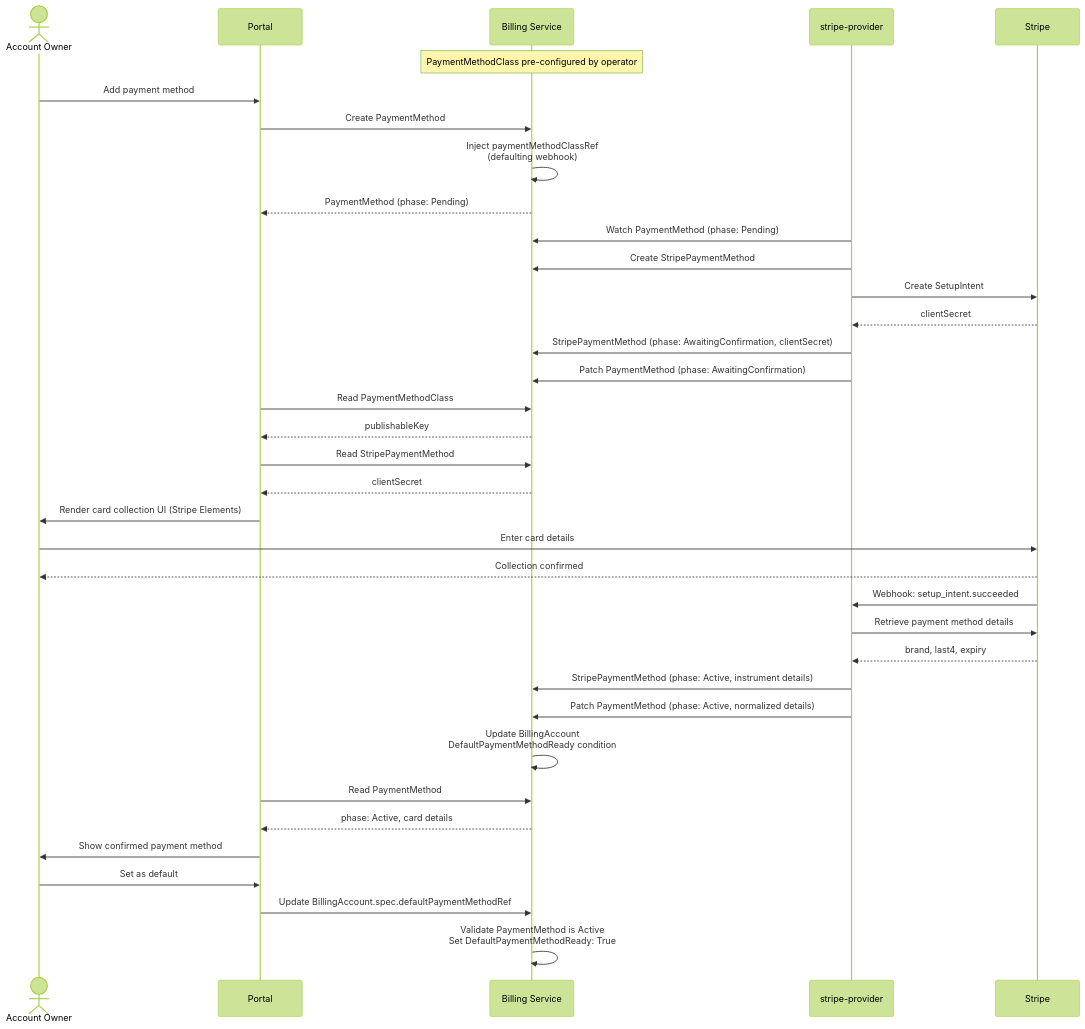
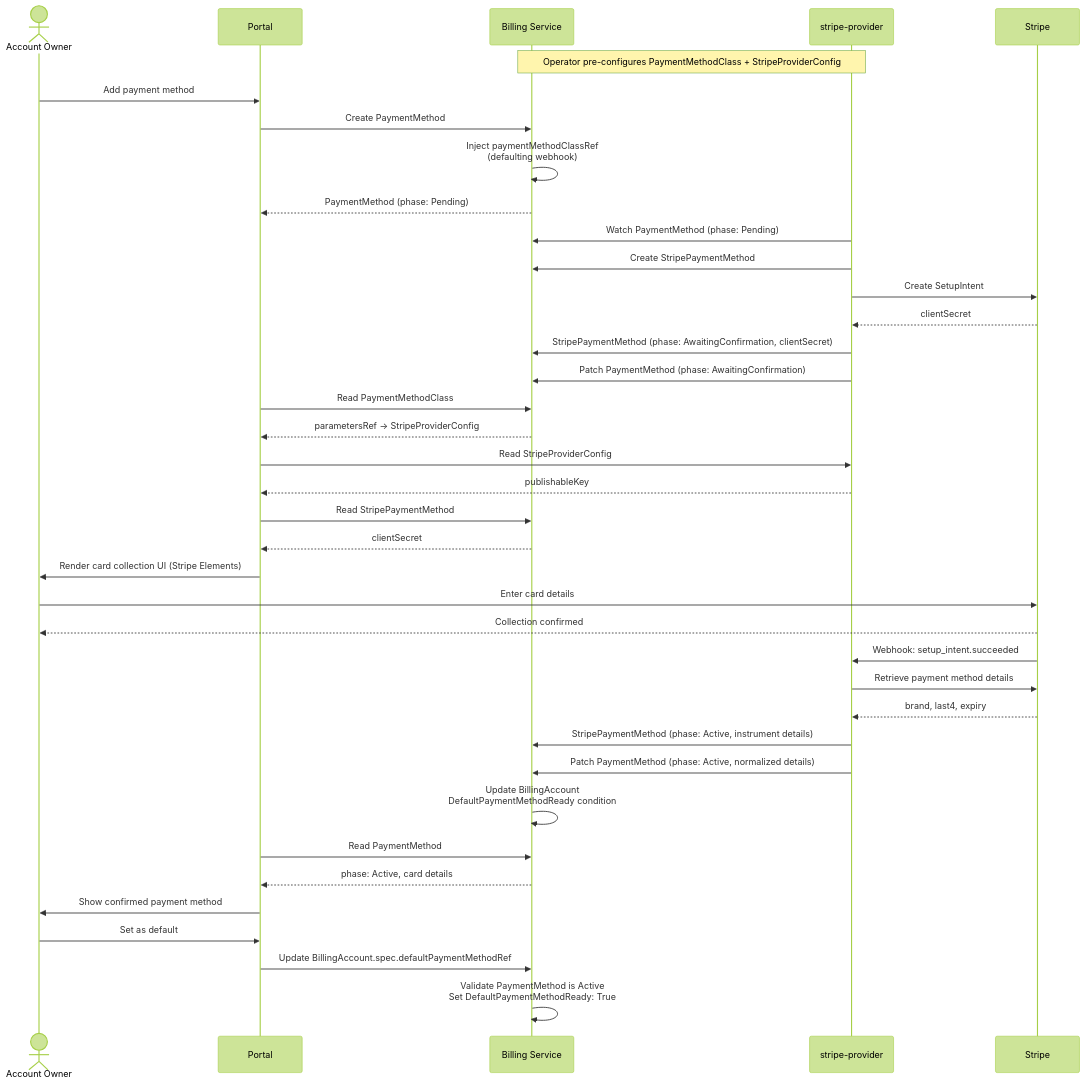
Before and after one commit to milo-os/billing: the diagram in docs/enhancements/payment-methods.md, drawn with Mermaid (forest theme). The commit also changed other lines of this file, not shown here.

First line of the commit message:
docs: adopt parametersRef pattern for PaymentMethodClass provider config

````diff
--- a/docs/enhancements/payment-methods.md
+++ b/docs/enhancements/payment-methods.md
@@ -127,44 +130,46 @@
 ```mermaid
 sequenceDiagram
     actor Owner as Account Owner
     participant Portal
     participant BillingSvc as Billing Service
     participant StripeProv as stripe-provider
     participant Stripe
 
-    Note over BillingSvc: PaymentMethodClass pre-configured by operator
+    Note over BillingSvc,StripeProv: Operator pre-configures PaymentMethodClass + StripeProviderConfig
 
     Owner->>Portal: Add payment method
     Portal->>BillingSvc: Create PaymentMethod
     BillingSvc->>BillingSvc: Inject paymentMethodClassRef<br/>(defaulting webhook)
     BillingSvc-->>Portal: PaymentMethod (phase: Pending)
 
     StripeProv->>BillingSvc: Watch PaymentMethod (phase: Pending)
     StripeProv->>BillingSvc: Create StripePaymentMethod
     StripeProv->>Stripe: Create SetupIntent
     Stripe-->>StripeProv: clientSecret
     StripeProv->>BillingSvc: StripePaymentMethod (phase: AwaitingConfirmation, clientSecret)
     StripeProv->>BillingSvc: Patch PaymentMethod (phase: AwaitingConfirmation)
 
     Portal->>BillingSvc: Read PaymentMethodClass
-    BillingSvc-->>Portal: publishableKey
+    BillingSvc-->>Portal: parametersRef → StripeProviderConfig
+    Portal->>StripeProv: Read StripeProviderConfig
+    StripeProv-->>Portal: publishableKey
     Portal->>BillingSvc: Read StripePaymentMethod
     BillingSvc-->>Portal: clientSecret
     Portal->>Owner: Render card collection UI (Stripe Elements)
     Owner->>Stripe: Enter card details
     Stripe-->>Owner: Collection confirmed
 
     Stripe->>StripeProv: Webhook: setup_intent.succeeded
     StripeProv->>Stripe: Retrieve payment method details
     Stripe-->>StripeProv: brand, last4, expiry
     StripeProv->>BillingSvc: StripePaymentMethod (phase: Active, instrument details)
     StripeProv->>BillingSvc: Patch PaymentMethod (phase: Active, normalized details)
     BillingSvc->>BillingSvc: Update BillingAccount<br/>DefaultPaymentMethodReady condition
 
     Portal->>BillingSvc: Read PaymentMethod
     BillingSvc-->>Portal: phase: Active, card details
     Portal->>Owner: Show confirmed payment method
     Owner->>Portal: Set as default
     Portal->>BillingSvc: Update BillingAccount.spec.defaultPaymentMethodRef
     BillingSvc->>BillingSvc: Validate PaymentMethod is Active<br/>Set DefaultPaymentMethodReady: True
 ```
````
